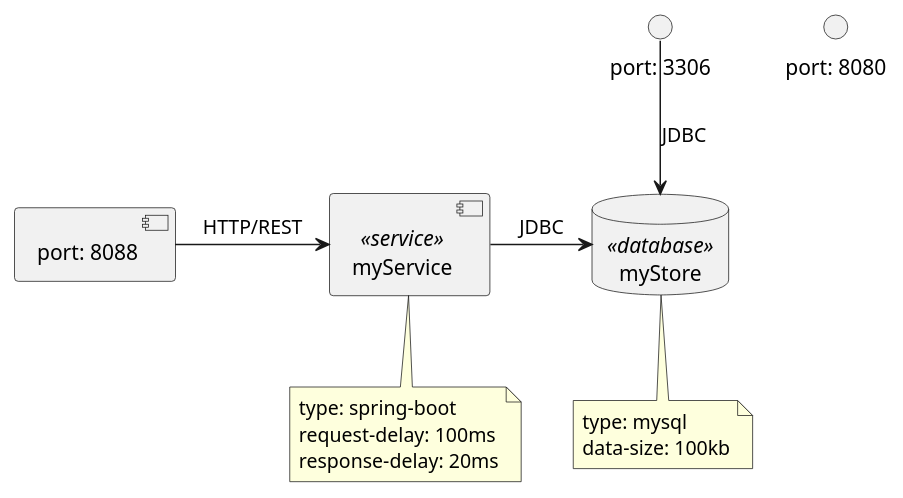
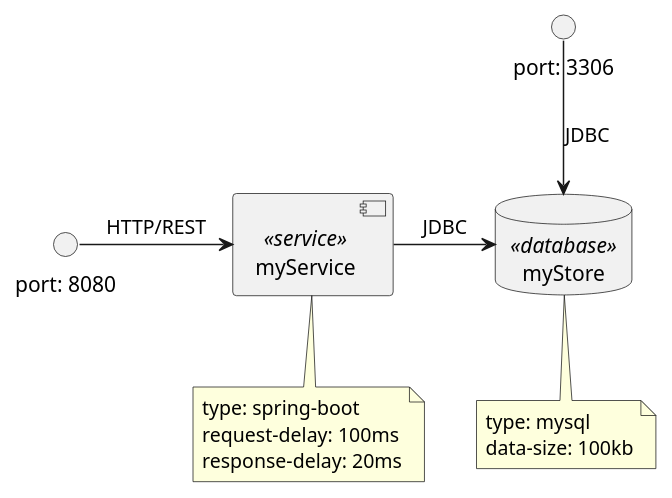
Before and after one commit to iteratec/microzoo: the diagram in scenarios/minimal.puml, drawn with PlantUML.

Commit message:
Fixed ports

```diff
--- a/scenarios/minimal.puml
+++ b/scenarios/minimal.puml
@@ -1,23 +1,23 @@
 @startuml
 
 database "myStore" <<database>>
 note bottom of "myStore" {
     type: mysql
     data-size: 100kb
 }
 
 component "myService" <<service>>
 note bottom of "myService" {
     type: spring-boot
     request-delay: 100ms
     response-delay: 20ms
 }
 
 interface "port: 8080"
 interface "port: 3306"
 
 [myService] -> [myStore]: JDBC
-[port: 8088] -> [myService]: HTTP/REST
+[port: 8080] -> [myService]: HTTP/REST
 [port: 3306] --> [myStore]: JDBC
 
 @enduml
```
